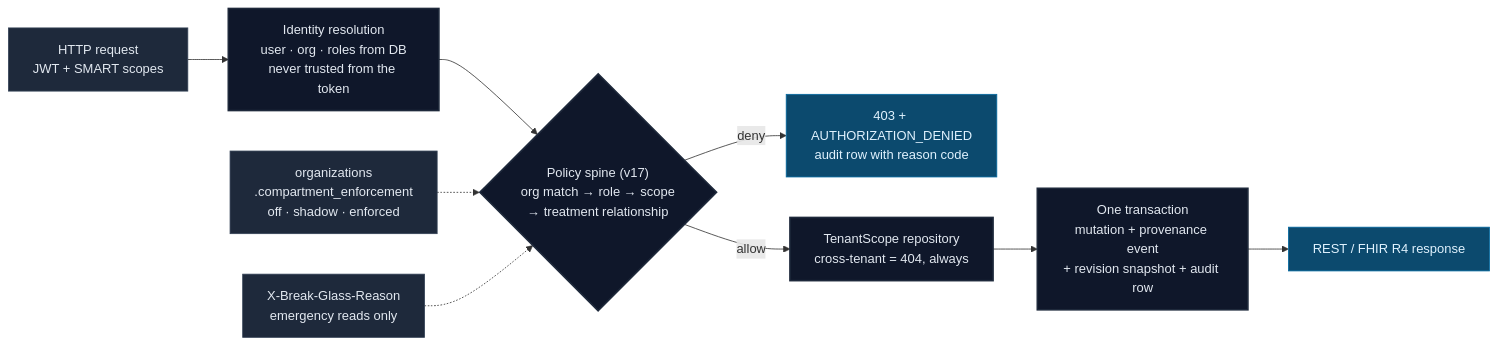
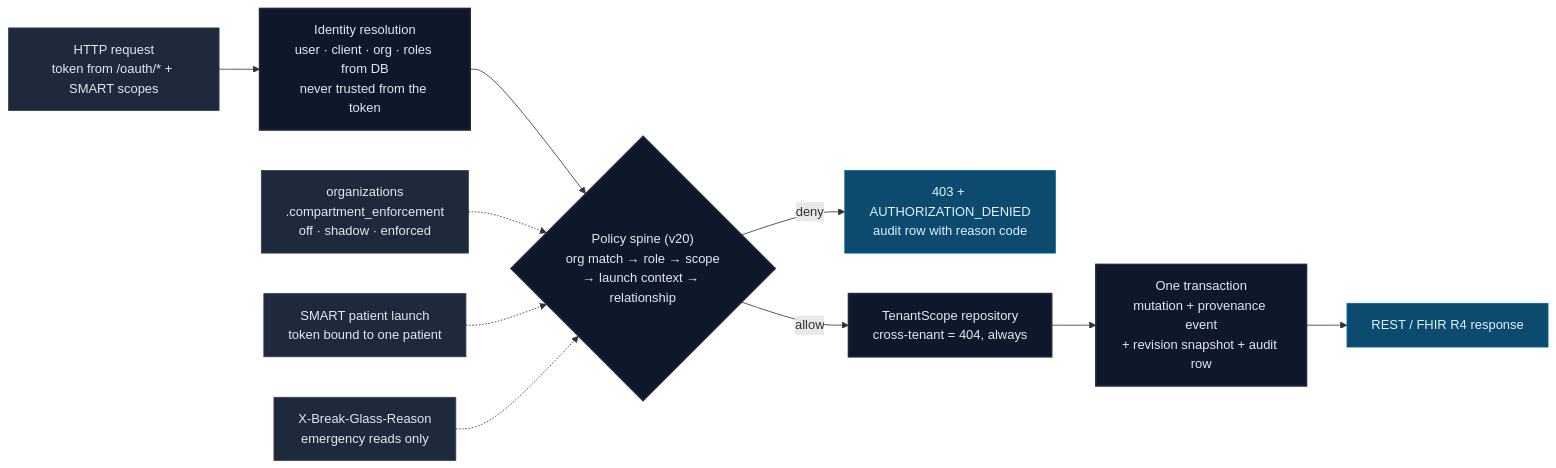
One commit to Conalh/ehr-backend changed the diagram in README.md. Above: the diagram before and after it, drawn with Mermaid. The commit also changed other lines of this file and 2 other files, not shown here.

````diff
--- a/README.md
+++ b/README.md
@@ -22,18 +23,19 @@
 ```mermaid
 flowchart LR
-    A["HTTP request<br/>JWT + SMART scopes"] --> I["Identity resolution<br/>user · org · roles from DB<br/>never trusted from the token"]
-    I --> P{"Policy spine (v17)<br/>org match → role → scope<br/>→ treatment relationship"}
+    A["HTTP request<br/>token from /oauth/* + SMART scopes"] --> I["Identity resolution<br/>user · client · org · roles from DB<br/>never trusted from the token"]
+    I --> P{"Policy spine (v20)<br/>org match → role → scope<br/>→ launch context → relationship"}
     B["organizations<br/>.compartment_enforcement<br/>off · shadow · enforced"] -.-> P
+    L["SMART patient launch<br/>token bound to one patient"] -.-> P
     G["X-Break-Glass-Reason<br/>emergency reads only"] -.-> P
     P -->|deny| X["403 + AUTHORIZATION_DENIED<br/>audit row with reason code"]
     P -->|allow| T["TenantScope repository<br/>cross-tenant = 404, always"]
     T --> W["One transaction<br/>mutation + provenance event<br/>+ revision snapshot + audit row"]
     W --> R["REST / FHIR R4 response"]
 
     classDef in fill:#1e293b,stroke:#334155,color:#e2e8f0
     classDef core fill:#0f172a,stroke:#1e293b,color:#e2e8f0,stroke-width:2px
     classDef out fill:#0c4a6e,stroke:#0369a1,color:#e0f2fe
-    class A,B,G in
+    class A,B,G,L in
     class I,P,T,W core
     class X,R out
 ```
````
